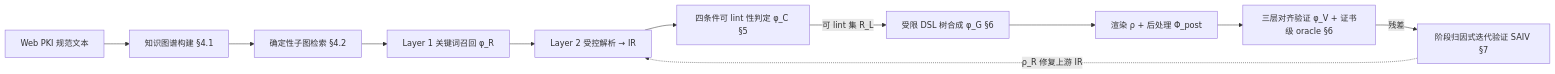
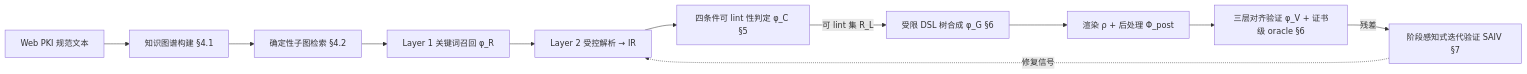
Before and after one commit to Bernhard1826/cicas: the diagram in Paper_Unified_PKI_E2E.md, drawn with Mermaid. The commit also changed other lines of this file, not shown here.

````diff
--- a/Paper_Unified_PKI_E2E.md
+++ b/Paper_Unified_PKI_E2E.md
@@ -95,13 +95,13 @@
 ```mermaid
 flowchart LR
   S[Web PKI 规范文本] --> KG[知识图谱构建 §4.1]
   KG --> R[确定性子图检索 §4.2]
   R --> L1["Layer 1 关键词召回 φ_R"]
   L1 --> L2["Layer 2 受控解析 → IR"]
   L2 --> C["四条件可 lint 性判定 φ_C §5"]
   C -->|"可 lint 集 R_L"| G["受限 DSL 树合成 φ_G §6"]
   G --> RHO["渲染 ρ + 后处理 Φ_post"]
   RHO --> V["三层对齐验证 φ_V + 证书级 oracle §6"]
-  V -->|残差| SAIV["阶段归因式迭代验证 SAIV §7"]
-  SAIV -. "ρ_R 修复上游 IR" .-> L2
+  V -->|残差| SAIV["阶段感知式迭代验证 SAIV §7"]
+  SAIV -. "修复信号" .-> L2
 ```
````
